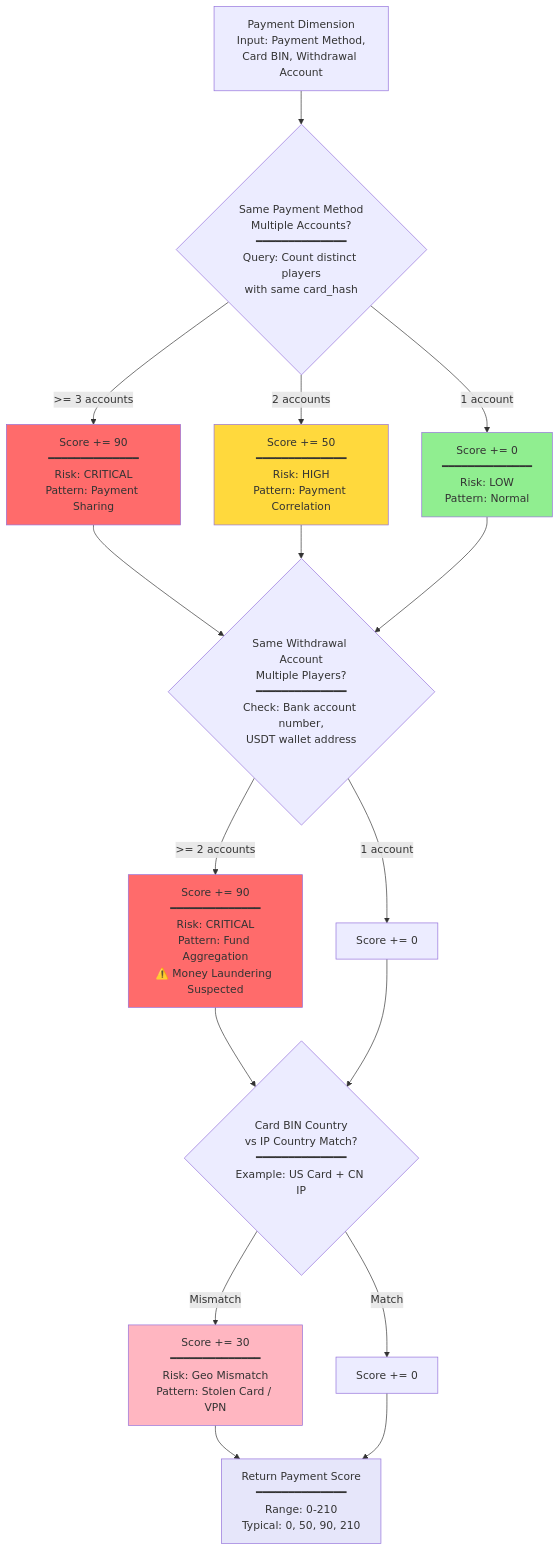
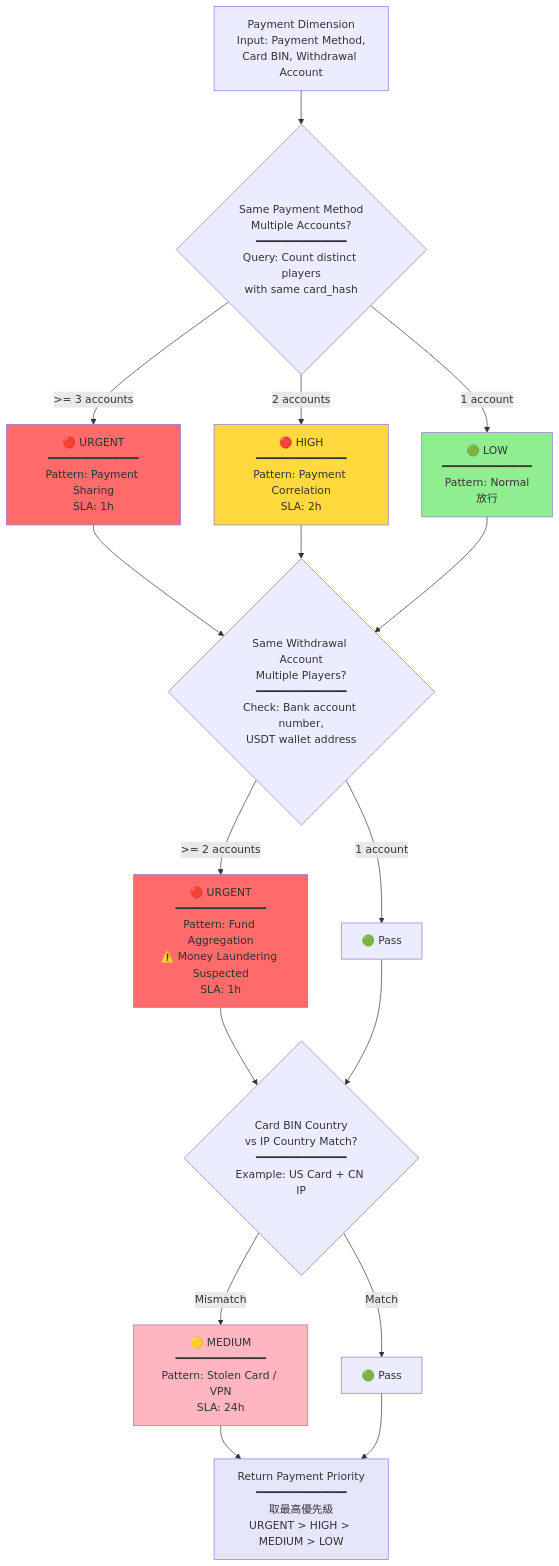
The fourth of 6 diagrams in docs/iGaming/04_Risk_Control/04-01_Risk_Framework.md (ron03wlb/smart-admin), drawn with Mermaid before and after one commit. The commit also changed other lines of this file and 275 other files, not shown here.

First line of the commit message:
docs(v4.1.0): sync all .claude/ .agent/ docs to 6-layer modular architecture

````diff
--- a/docs/iGaming/04_Risk_Control/04-01_Risk_Framework.md
+++ b/docs/iGaming/04_Risk_Control/04-01_Risk_Framework.md
@@ -270,31 +269,31 @@
 ```mermaid
 flowchart TD
     START_D2["Payment Dimension<br/>Input: Payment Method,<br/>Card BIN, Withdrawal Account"] --> PAYMENT_SHARE{"Same Payment Method<br/>Multiple Accounts?<br/>━━━━━━━━━━━━━━<br/>Query: Count distinct players<br/>with same card_hash"}
 
-    PAYMENT_SHARE -->|>= 3 accounts| PAY_CRIT["Score += 90<br/>━━━━━━━━━━━━━━<br/>Risk: CRITICAL<br/>Pattern: Payment Sharing"]
-    PAYMENT_SHARE -->|2 accounts| PAY_HIGH["Score += 50<br/>━━━━━━━━━━━━━━<br/>Risk: HIGH<br/>Pattern: Payment Correlation"]
-    PAYMENT_SHARE -->|1 account| PAY_NORM["Score += 0<br/>━━━━━━━━━━━━━━<br/>Risk: LOW<br/>Pattern: Normal"]
+    PAYMENT_SHARE -->|>= 3 accounts| PAY_CRIT["🔴 URGENT<br/>━━━━━━━━━━━━━━<br/>Pattern: Payment Sharing<br/>SLA: 1h"]
+    PAYMENT_SHARE -->|2 accounts| PAY_HIGH["🔴 HIGH<br/>━━━━━━━━━━━━━━<br/>Pattern: Payment Correlation<br/>SLA: 2h"]
+    PAYMENT_SHARE -->|1 account| PAY_NORM["🟢 LOW<br/>━━━━━━━━━━━━━━<br/>Pattern: Normal<br/>放行"]
 
     PAY_CRIT --> WITHDRAWAL{"Same Withdrawal Account<br/>Multiple Players?<br/>━━━━━━━━━━━━━━<br/>Check: Bank account number,<br/>USDT wallet address"}
     PAY_HIGH --> WITHDRAWAL
     PAY_NORM --> WITHDRAWAL
 
-    WITHDRAWAL -->|>= 2 accounts| WITH_CRIT["Score += 90<br/>━━━━━━━━━━━━━━<br/>Risk: CRITICAL<br/>Pattern: Fund Aggregation<br/>⚠️ Money Laundering Suspected"]
-    WITHDRAWAL -->|1 account| WITH_NORM[Score += 0]
+    WITHDRAWAL -->|>= 2 accounts| WITH_CRIT["🔴 URGENT<br/>━━━━━━━━━━━━━━<br/>Pattern: Fund Aggregation<br/>⚠️ Money Laundering Suspected<br/>SLA: 1h"]
+    WITHDRAWAL -->|1 account| WITH_NORM["🟢 Pass"]
 
     WITH_CRIT --> GEO{"Card BIN Country<br/>vs IP Country Match?<br/>━━━━━━━━━━━━━━<br/>Example: US Card + CN IP"}
     WITH_NORM --> GEO
 
-    GEO -->|Mismatch| GEO_RISK["Score += 30<br/>━━━━━━━━━━━━━━<br/>Risk: Geo Mismatch<br/>Pattern: Stolen Card / VPN"]
-    GEO -->|Match| GEO_OK[Score += 0]
+    GEO -->|Mismatch| GEO_RISK["🟡 MEDIUM<br/>━━━━━━━━━━━━━━<br/>Pattern: Stolen Card / VPN<br/>SLA: 24h"]
+    GEO -->|Match| GEO_OK["🟢 Pass"]
 
-    GEO_RISK --> RETURN_D2["Return Payment Score<br/>━━━━━━━━━━━━━━<br/>Range: 0-210<br/>Typical: 0, 50, 90, 210"]
+    GEO_RISK --> RETURN_D2["Return Payment Priority<br/>━━━━━━━━━━━━━━<br/>取最高優先級<br/>URGENT > HIGH > MEDIUM > LOW"]
     GEO_OK --> RETURN_D2
 
     style PAY_CRIT fill:#FF6B6B
     style PAY_HIGH fill:#FFD93D
     style PAY_NORM fill:#90EE90
     style WITH_CRIT fill:#FF6B6B
     style GEO_RISK fill:#FFB6C1
     style RETURN_D2 fill:#E6E6FA
 ```
````
